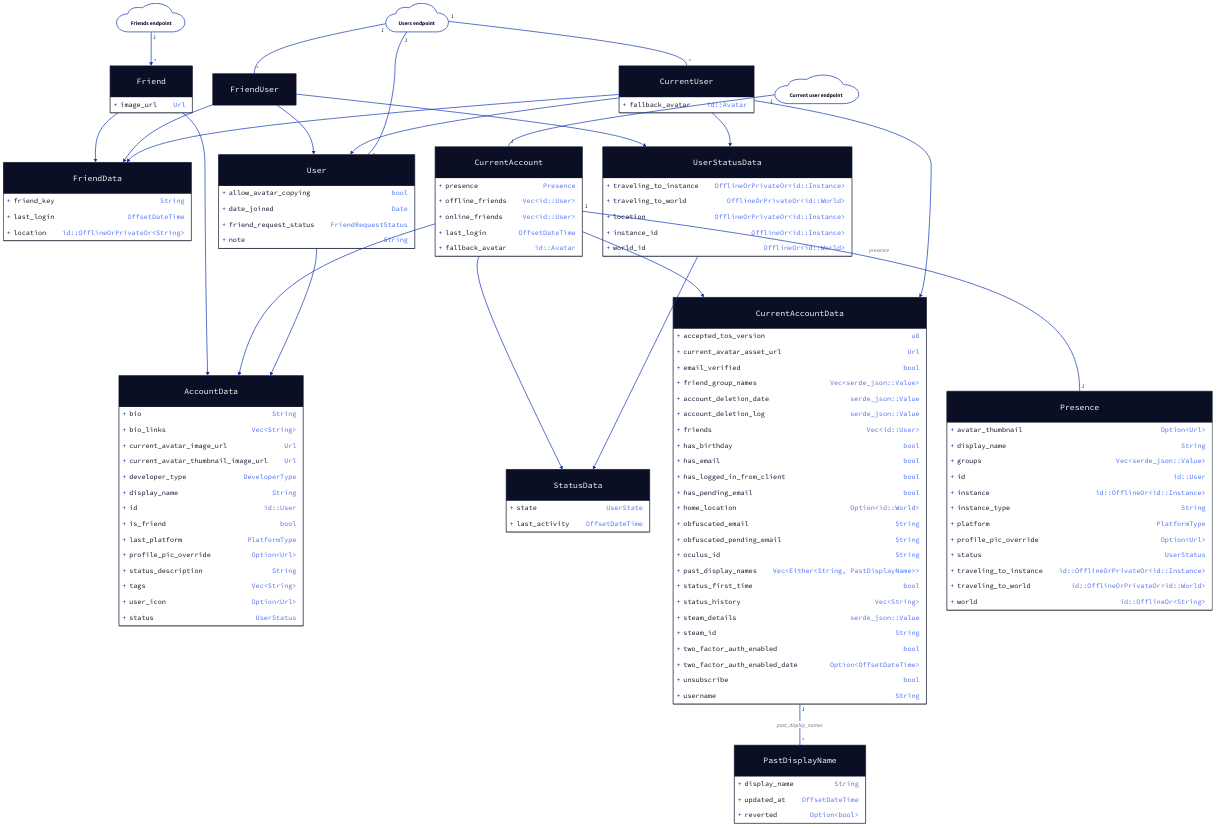
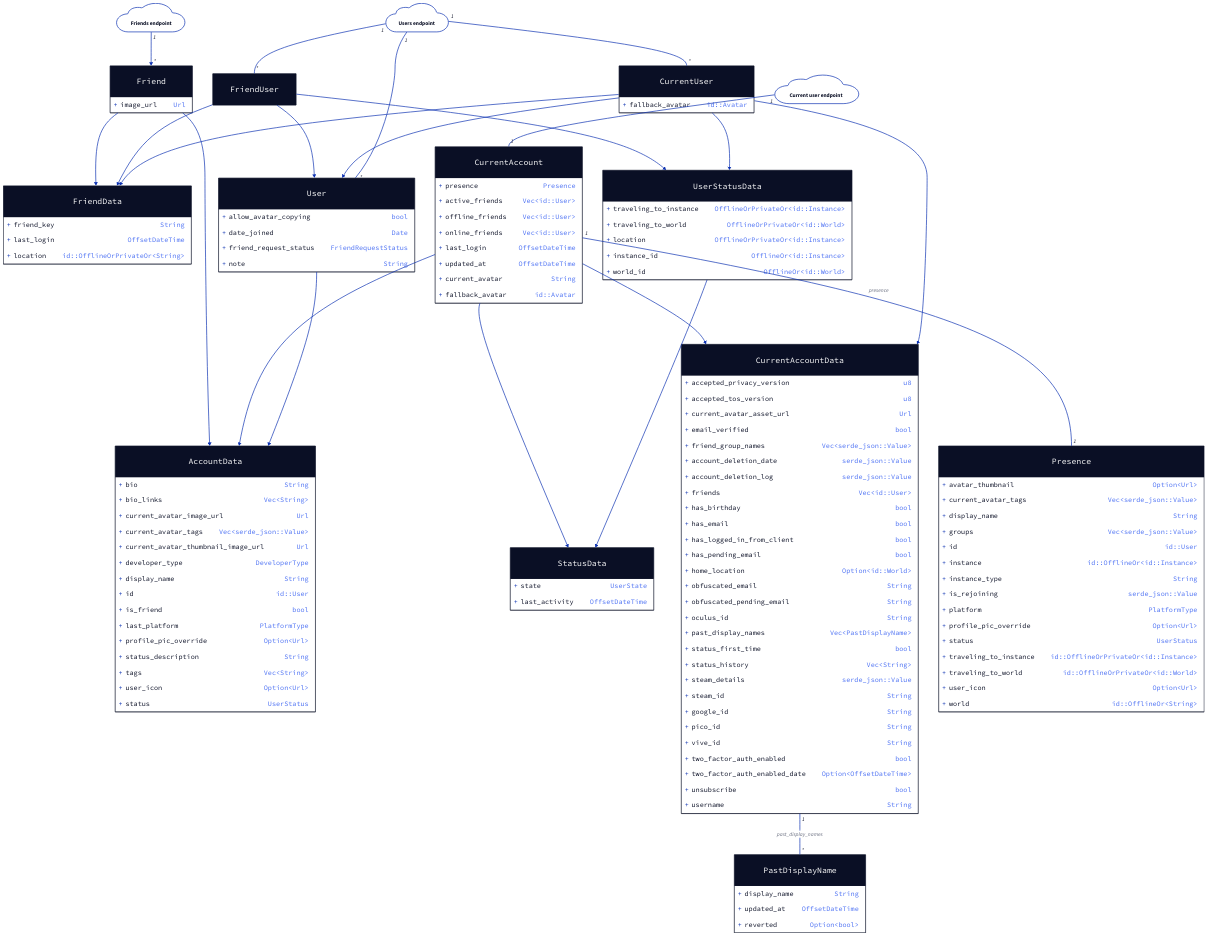
Before and after one commit to onlivfe/vrc_rs: the diagram in docs/users.d2, drawn with D2. The commit also changed 2 other files, not shown here.

```diff
--- a/docs/users.d2
+++ b/docs/users.d2
@@ -1,187 +1,199 @@
 AccountData: {
   shape: class
 
 	bio: String
 	bio_links: Vec<String>
 	current_avatar_image_url: Url
+	current_avatar_tags: Vec<serde_json::Value>
 	current_avatar_thumbnail_image_url: Url
 	developer_type: DeveloperType
 	display_name: String
 	id: id::User
 	is_friend: bool
 	last_platform: PlatformType
 	profile_pic_override: Option<Url>
 	status_description: String
 	tags: Vec<String>
 	user_icon: Option<Url>
 	status: UserStatus
 }
 
 StatusData: {
 	shape: class
 
 	state: UserState
 	last_activity: OffsetDateTime
 }
 
 FriendData: {
   shape: class
 
   friend_key: String
   last_login: OffsetDateTime
   #traveling_to_location: OfflineOrPrivateOr<String>
 	location: id::OfflineOrPrivateOr<String>
 }
 
 Friend: {
   shape: class
 
 	#fallback_avatar: id::Avatar
 	image_url: Url
 }
 Friend -> AccountData
 Friend -> FriendData
 
 PastDisplayName: {
   shape: class
 
   display_name: String
   updated_at: OffsetDateTime
   reverted: Option<bool>
 }
 
 CurrentAccountData: {
   shape: class
 
+	accepted_privacy_version: u8
   accepted_tos_version: u8
 	current_avatar_asset_url: Url
 	email_verified: bool
 	friend_group_names: Vec<serde_json::Value>
 	account_deletion_date: serde_json::Value
 	account_deletion_log: serde_json::Value
 	friends: Vec<id::User>
 	has_birthday: bool
 	has_email: bool
 	has_logged_in_from_client: bool
 	has_pending_email: bool
 	home_location: Option<id::World>
 	obfuscated_email: String
 	obfuscated_pending_email: String
 	oculus_id: String
-	past_display_names: Vec<Either<String, PastDisplayName>>
+	past_display_names: Vec<PastDisplayName>
 	status_first_time: bool
 	status_history: Vec<String>
 	steam_details: serde_json::Value
 	steam_id: String
+	google_id: String
+	oculus_id: String
+	pico_id: String
+	vive_id: String
 	two_factor_auth_enabled: bool
 	two_factor_auth_enabled_date: Option<OffsetDateTime>
 	unsubscribe: bool
 	username: String
 }
 CurrentAccountData -- PastDisplayName: "past_display_names" {
 	source-arrowhead.label: 1
 	target-arrowhead.label: *
 }
 
 Presence: {
   shape: class
 
   avatar_thumbnail: Option<Url>
+	current_avatar_tags: Vec<serde_json::Value>
   display_name: String
   groups: Vec<serde_json::Value>
   id: id::User
   instance: id::OfflineOr<id::Instance>
   instance_type: String
+	is_rejoining: serde_json::Value
   platform: PlatformType
   profile_pic_override: Option<Url>
   status: UserStatus
 	traveling_to_instance: id::OfflineOrPrivateOr<id::Instance>
 	traveling_to_world: id::OfflineOrPrivateOr<id::World>
-  world: id::OfflineOr<String>
+  user_icon: Option<Url>
+	world: id::OfflineOr<String>
 }
 
 CurrentAccount: {
   shape: class
 
   presence: Presence
+	active_friends: Vec<id::User>
   offline_friends: Vec<id::User>
 	online_friends: Vec<id::User>
 	last_login: OffsetDateTime
+	updated_at: OffsetDateTime
+	current_avatar: String
 	fallback_avatar: id::Avatar
 }
 CurrentAccount -> AccountData
 CurrentAccount -> CurrentAccountData
 CurrentAccount -> StatusData
 CurrentAccount -- Presence: "presence" {
 	source-arrowhead.label: 1
 	target-arrowhead.label: 1
 }
 
 
 endpoint_friends: Friends endpoint
 endpoint_friends.shape: cloud
 endpoint_friends -> Friend {
 	source-arrowhead.label: 1
 	target-arrowhead.label: *
 }
 
 endpoint_current_user: Current user endpoint
 endpoint_current_user.shape: cloud
 endpoint_current_user -- CurrentAccount {
 	source-arrowhead.label: 1
 	target-arrowhead.label: 1
 }
 
 User: {
   shape: class
   
   allow_avatar_copying: bool
   date_joined: Date
   friend_request_status: FriendRequestStatus
 	note: String
 }
 User -> AccountData
 
 UserStatusData: {
   shape: class
 
 	traveling_to_instance: OfflineOrPrivateOr<id::Instance>
 	traveling_to_world: OfflineOrPrivateOr<id::World>
 	location: OfflineOrPrivateOr<id::Instance>
 	instance_id: OfflineOr<id::Instance>
 	world_id: OfflineOr<id::World>
 }
 UserStatusData -> StatusData
 
 FriendUser: {
   shape: class
 
 }
 FriendUser -> User
 FriendUser -> FriendData
 FriendUser -> UserStatusData
 
 CurrentUser: {
   shape: class
 
 	fallback_avatar: id::Avatar
 }
 CurrentUser -> User
 CurrentUser -> FriendData
 CurrentUser -> CurrentAccountData
 CurrentUser -> UserStatusData
 
 endpoint_users: Users endpoint
 endpoint_users.shape: cloud
 endpoint_users -- User {
 	source-arrowhead.label: 1
 	target-arrowhead.label: *
 }
 endpoint_users -- FriendUser {
 	source-arrowhead.label: 1
 	target-arrowhead.label: *
 }
 endpoint_users -- CurrentUser {
 	source-arrowhead.label: 1
 	target-arrowhead.label: *
 }
```
